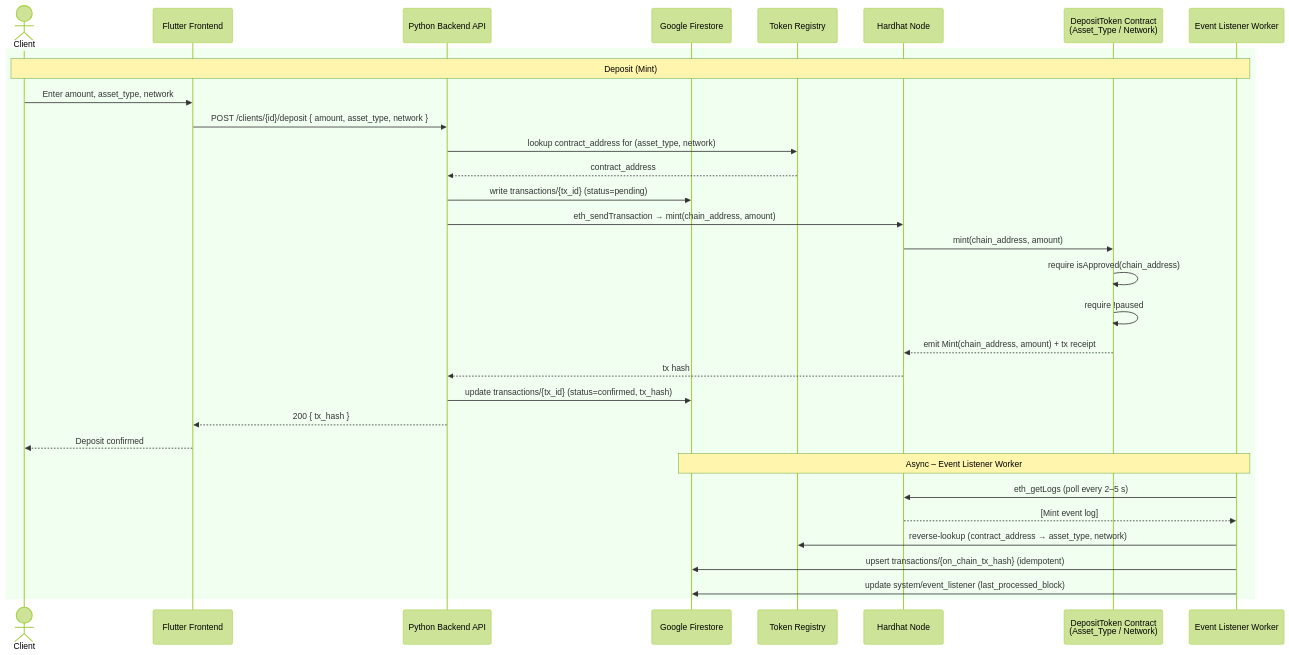
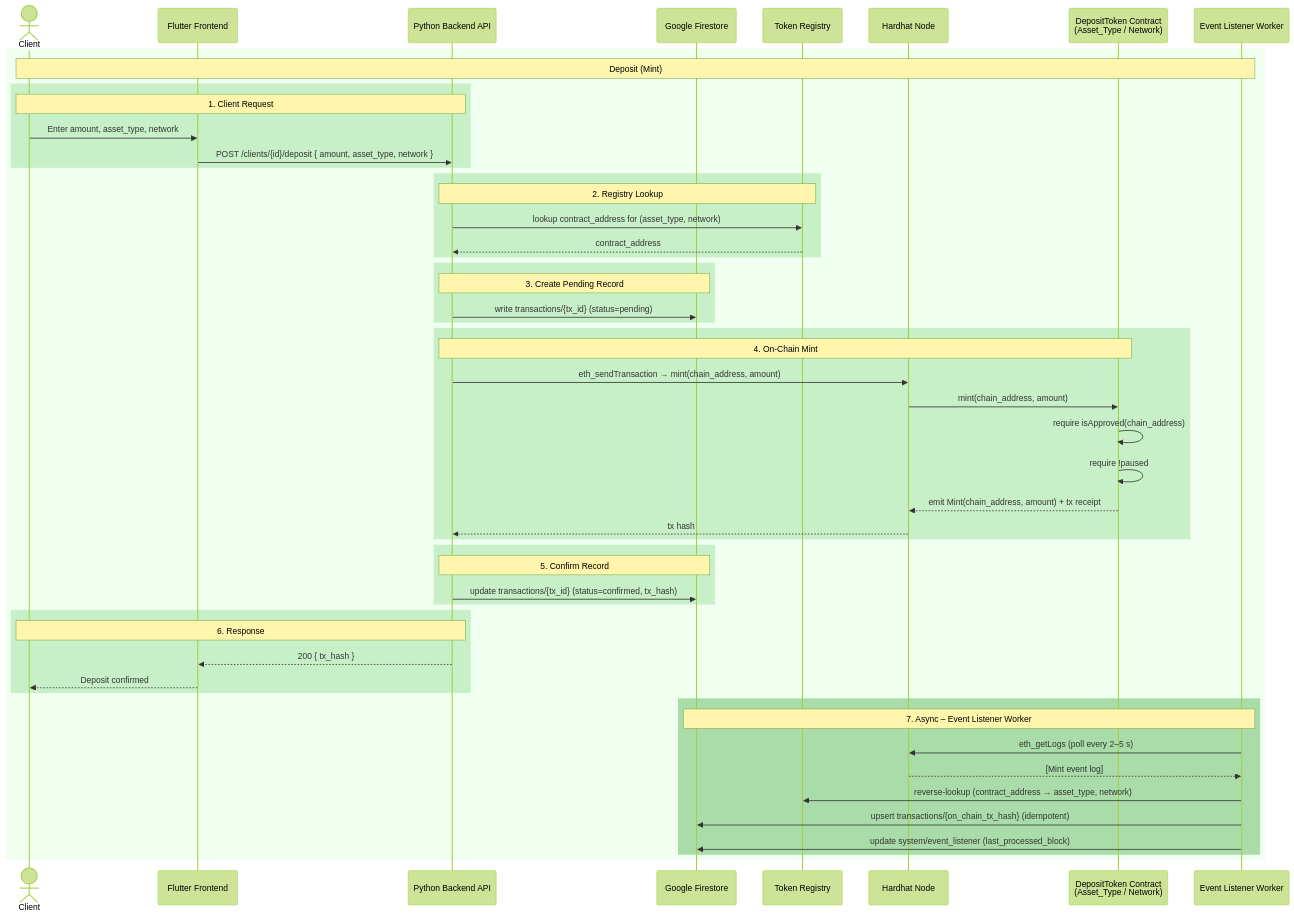
One commit to tthavee/tokenized-deposits changed the third of 5 diagrams in .kiro/specs/tokenized-deposits-poc/design.md. Above: the diagram before and after it, drawn with Mermaid (forest theme). The commit also changed other lines of this file, not shown here.

Commit message:
Add rect blocks to sequence diagrams

````diff
--- a/.kiro/specs/tokenized-deposits-poc/design.md
+++ b/.kiro/specs/tokenized-deposits-poc/design.md
@@ -119,36 +119,62 @@
 ```mermaid
 sequenceDiagram
     actor Client
     participant FE as Flutter Frontend
     participant API as Python Backend API
     participant FS as Google Firestore
     participant TR as Token Registry
     participant HH as Hardhat Node
     participant SC as DepositToken Contract<br/>(Asset_Type / Network)
     participant EL as Event Listener Worker
 
     rect rgb(240, 255, 240)
         Note over Client,EL: Deposit (Mint)
-        Client->>FE: Enter amount, asset_type, network
-        FE->>API: POST /clients/{id}/deposit { amount, asset_type, network }
-        API->>TR: lookup contract_address for (asset_type, network)
-        TR-->>API: contract_address
-        API->>FS: write transactions/{tx_id} (status=pending)
-        API->>HH: eth_sendTransaction → mint(chain_address, amount)
-        HH->>SC: mint(chain_address, amount)
-        SC->>SC: require isApproved(chain_address)
-        SC->>SC: require !paused
-        SC-->>HH: emit Mint(chain_address, amount) + tx receipt
-        HH-->>API: tx hash
-        API->>FS: update transactions/{tx_id} (status=confirmed, tx_hash)
-        API-->>FE: 200 { tx_hash }
-        FE-->>Client: Deposit confirmed
 
-        Note over EL,FS: Async – Event Listener Worker
-        EL->>HH: eth_getLogs (poll every 2–5 s)
-        HH-->>EL: [Mint event log]
-        EL->>TR: reverse-lookup (contract_address → asset_type, network)
-        EL->>FS: upsert transactions/{on_chain_tx_hash} (idempotent)
-        EL->>FS: update system/event_listener (last_processed_block)
+        rect rgb(200, 240, 200)
+            Note over Client,API: 1. Client Request
+            Client->>FE: Enter amount, asset_type, network
+            FE->>API: POST /clients/{id}/deposit { amount, asset_type, network }
+        end
+
+        rect rgb(200, 240, 200)
+            Note over API,TR: 2. Registry Lookup
+            API->>TR: lookup contract_address for (asset_type, network)
+            TR-->>API: contract_address
+        end
+
+        rect rgb(200, 240, 200)
+            Note over API,FS: 3. Create Pending Record
+            API->>FS: write transactions/{tx_id} (status=pending)
+        end
+
+        rect rgb(200, 240, 200)
+            Note over API,SC: 4. On-Chain Mint
+            API->>HH: eth_sendTransaction → mint(chain_address, amount)
+            HH->>SC: mint(chain_address, amount)
+            SC->>SC: require isApproved(chain_address)
+            SC->>SC: require !paused
+            SC-->>HH: emit Mint(chain_address, amount) + tx receipt
+            HH-->>API: tx hash
+        end
+
+        rect rgb(200, 240, 200)
+            Note over API,FS: 5. Confirm Record
+            API->>FS: update transactions/{tx_id} (status=confirmed, tx_hash)
+        end
+
+        rect rgb(200, 240, 200)
+            Note over API,Client: 6. Response
+            API-->>FE: 200 { tx_hash }
+            FE-->>Client: Deposit confirmed
+        end
+
+        rect rgb(170, 220, 170)
+            Note over EL,FS: 7. Async – Event Listener Worker
+            EL->>HH: eth_getLogs (poll every 2–5 s)
+            HH-->>EL: [Mint event log]
+            EL->>TR: reverse-lookup (contract_address → asset_type, network)
+            EL->>FS: upsert transactions/{on_chain_tx_hash} (idempotent)
+            EL->>FS: update system/event_listener (last_processed_block)
+        end
     end
 ```
````
